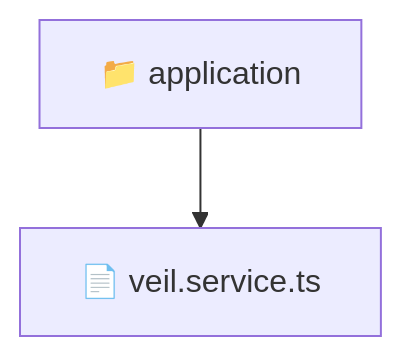
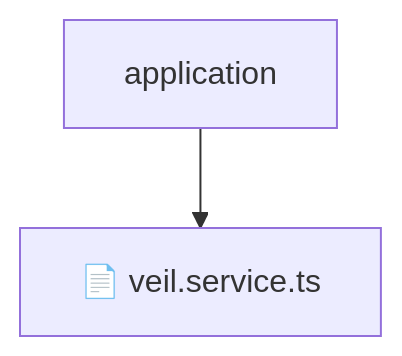
The diagram in backend/src/modules/veil/application/README.md (beginwebdev2002/fullstack-mavluda), drawn with Mermaid before and after one commit. The commit also changed other lines of this file and 155 other files, not shown here.

````diff
--- a/backend/src/modules/veil/application/README.md
+++ b/backend/src/modules/veil/application/README.md
@@ -10,5 +14,5 @@
 ```mermaid
 graph TD
-  Root["📁 application"]
-  Root --> veilservicets["📄 veil.service.ts"]
+    Root[application]
+    Root --> F0[📄 veil.service.ts]
 ```
````
